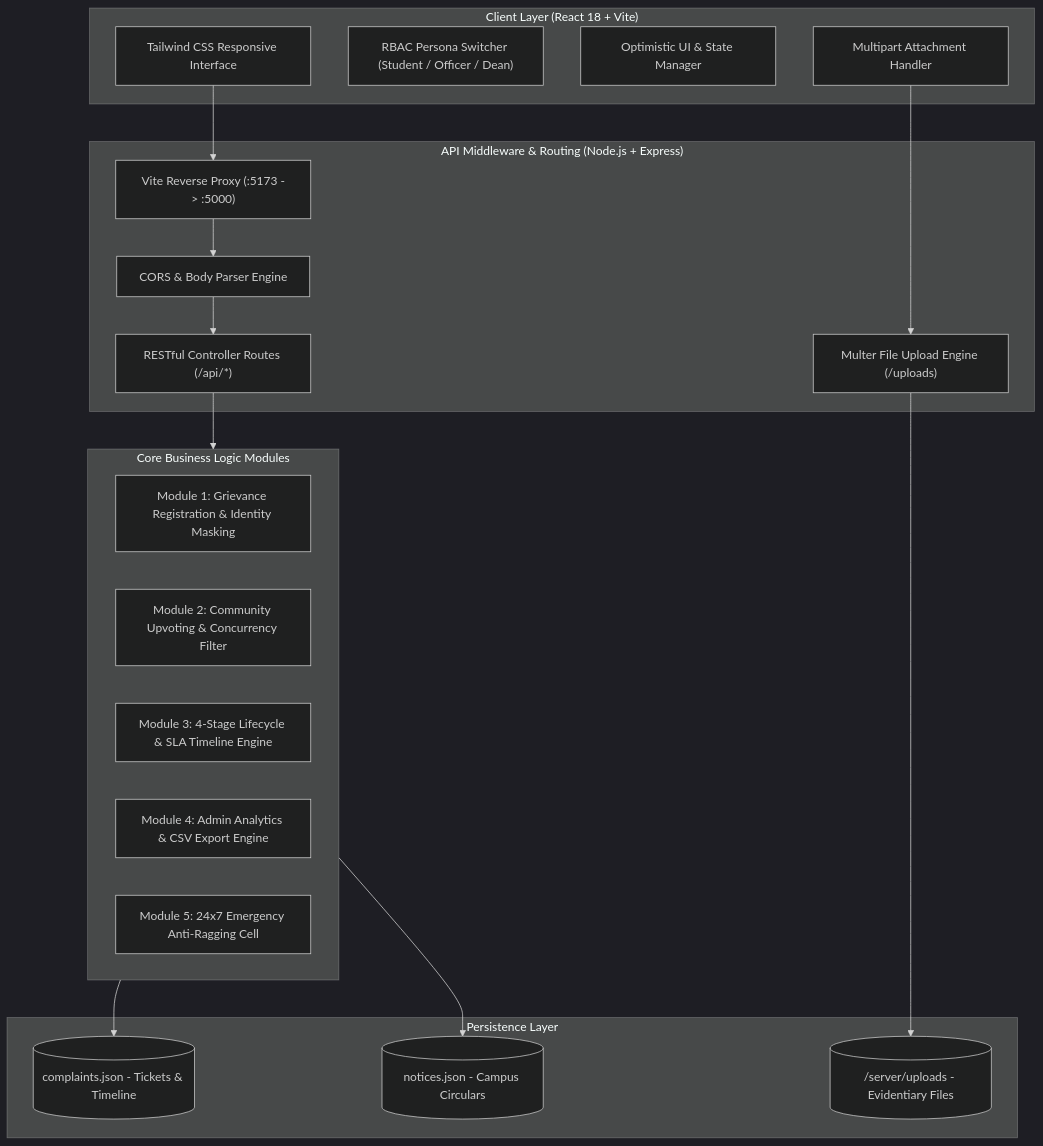
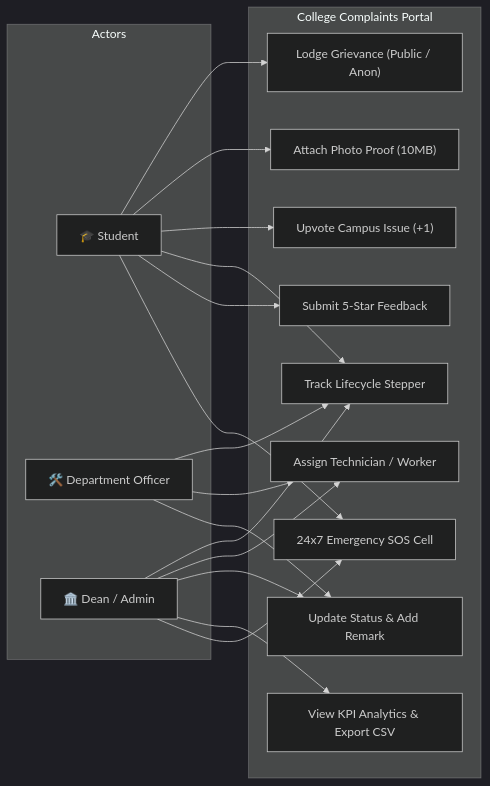
One commit to jatinbaghel7014-tech/collage-complaints-portal changed the second of 6 diagrams in README.md. Above: the diagram before and after it, drawn with Mermaid (dark theme). The commit also changed other lines of this file, not shown here.

````diff
--- a/README.md
+++ b/README.md
@@ -79,36 +100,37 @@
 ```mermaid
-flowchart TD
-    subgraph ClientLayer ["Client Layer (React 18 + Vite)"]
-        UI["Tailwind CSS Responsive Interface"]
-        RoleSwitch["RBAC Persona Switcher (Student / Officer / Dean)"]
-        StateEngine["Optimistic UI & State Manager"]
-        FilePicker["Multipart Attachment Handler"]
+flowchart LR
+    subgraph Users ["Actors"]
+        S["🎓 Student"]
+        O["🛠️ Department Officer"]
+        A["🏛️ Dean / Admin"]
     end
 
-    subgraph APILayer ["API Middleware & Routing (Node.js + Express)"]
-        Proxy["Vite Reverse Proxy (:5173 -> :5000)"]
-        Cors["CORS & Body Parser Engine"]
-        MulterEng["Multer File Upload Engine (/uploads)"]
-        Router["RESTful Controller Routes (/api/*)"]
+    subgraph Portal ["College Complaints Portal"]
+        UC1["Lodge Grievance (Public / Anon)"]
+        UC2["Attach Photo Proof (10MB)"]
+        UC3["Upvote Campus Issue (+1)"]
+        UC4["Track Lifecycle Stepper"]
+        UC5["Submit 5-Star Feedback"]
+        UC6["Assign Technician / Worker"]
+        UC7["Update Status & Add Remark"]
+        UC8["View KPI Analytics & Export CSV"]
+        UC9["24x7 Emergency SOS Cell"]
     end
 
-    subgraph ServiceModules ["Core Business Logic Modules"]
-        M1["Module 1: Grievance Registration & Identity Masking"]
-        M2["Module 2: Community Upvoting & Concurrency Filter"]
-        M3["Module 3: 4-Stage Lifecycle & SLA Timeline Engine"]
-        M4["Module 4: Admin Analytics & CSV Export Engine"]
-        M5["Module 5: 24x7 Emergency Anti-Ragging Cell"]
-    end
+    S --> UC1
+    S --> UC2
+    S --> UC3
+    S --> UC4
+    S --> UC5
+    S --> UC9
 
-    subgraph PersistenceLayer ["Persistence Layer"]
-        DB1[("complaints.json - Tickets & Timeline")]
-        DB2[("notices.json - Campus Circulars")]
-        StaticStorage[("/server/uploads - Evidentiary Files")]
-    end
+    O --> UC4
+    O --> UC6
+    O --> UC7
 
-    UI --> Proxy --> Cors --> Router
-    Router --> ServiceModules
-    FilePicker --> MulterEng --> StaticStorage
-    ServiceModules --> DB1
-    ServiceModules --> DB2
+    A --> UC4
+    A --> UC6
+    A --> UC7
+    A --> UC8
+    A --> UC9
 ```
````
